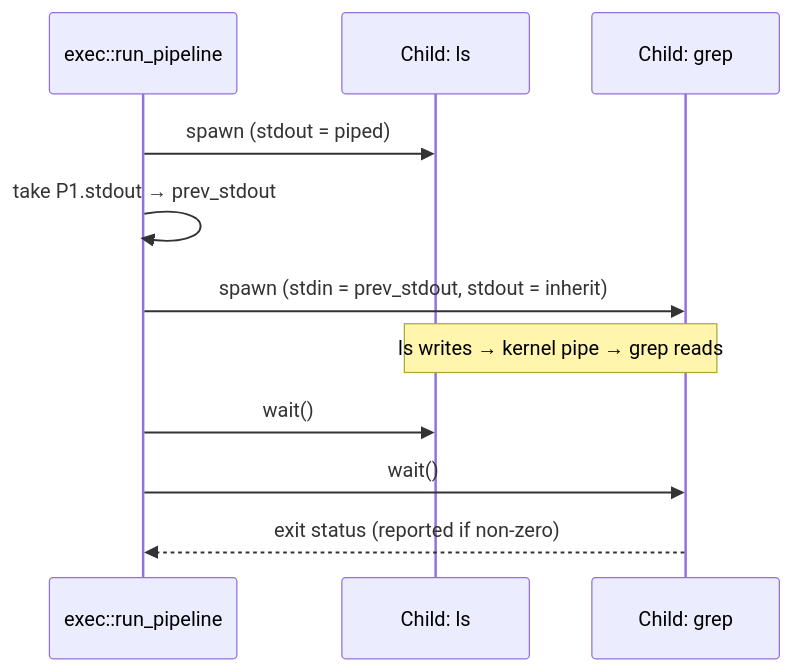
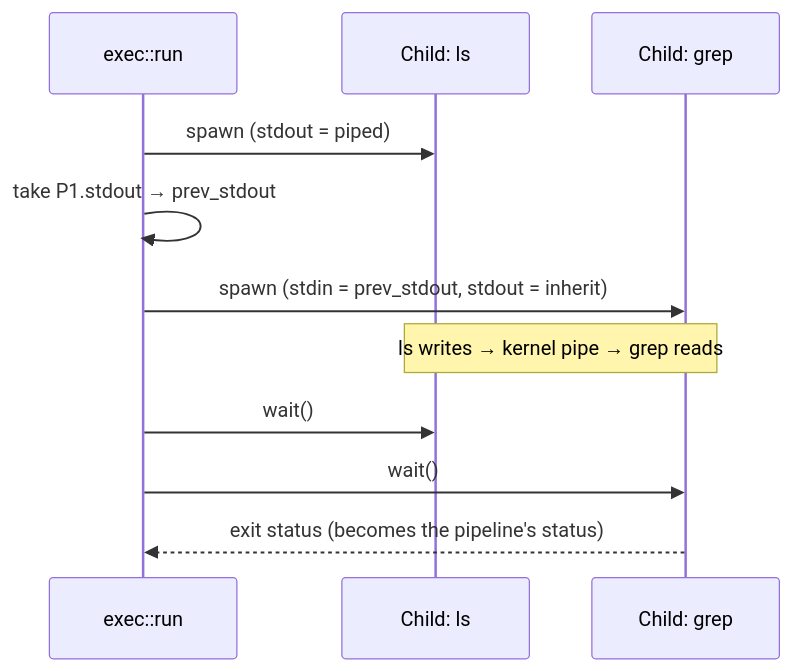
The fifth of 6 diagrams in docs/ARCHITECTURE.md (baileyrd/rush), drawn with Mermaid before and after one commit. The commit also changed other lines of this file and 6 other files, not shown here.

````diff
--- a/docs/ARCHITECTURE.md
+++ b/docs/ARCHITECTURE.md
@@ -283,14 +311,14 @@
 ```mermaid
 sequenceDiagram
-    participant E as exec::run_pipeline
+    participant E as exec::run
     participant P1 as Child: ls
     participant P2 as Child: grep
 
     E->>P1: spawn (stdout = piped)
     E->>E: take P1.stdout → prev_stdout
     E->>P2: spawn (stdin = prev_stdout, stdout = inherit)
     Note over P1,P2: ls writes → kernel pipe → grep reads
     E->>P1: wait()
     E->>P2: wait()
-    P2-->>E: exit status (reported if non-zero)
+    P2-->>E: exit status (becomes the pipeline's status)
 ```
````
